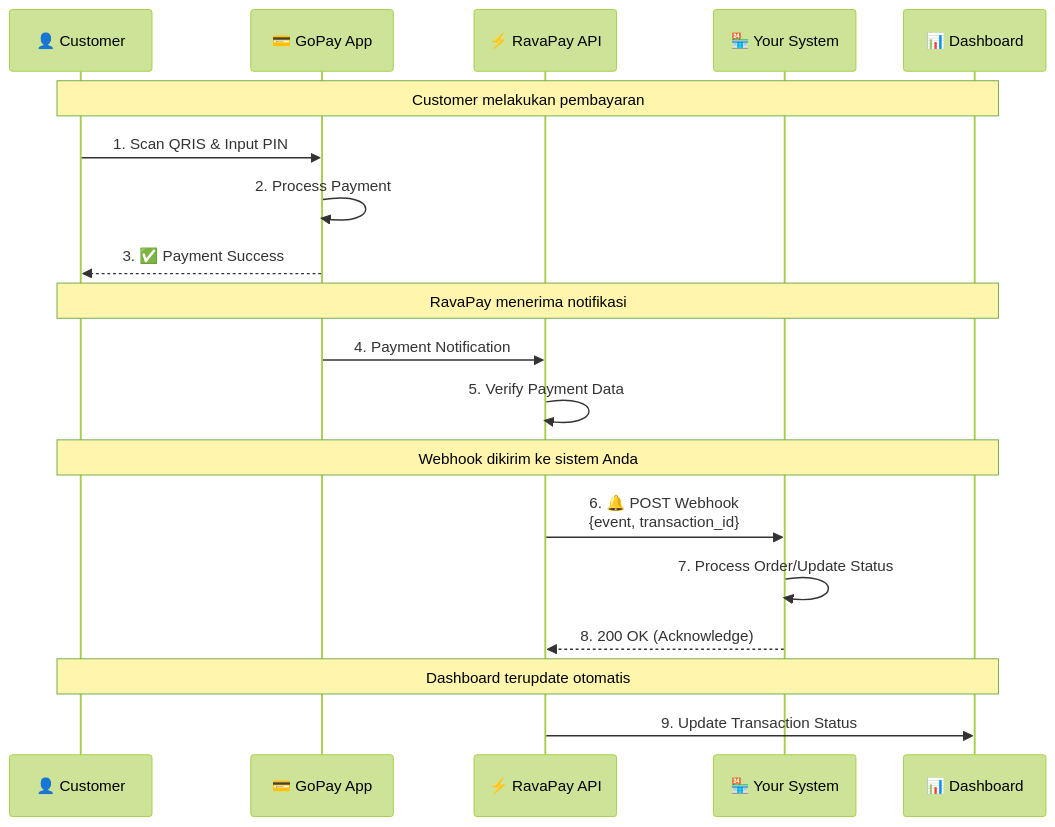
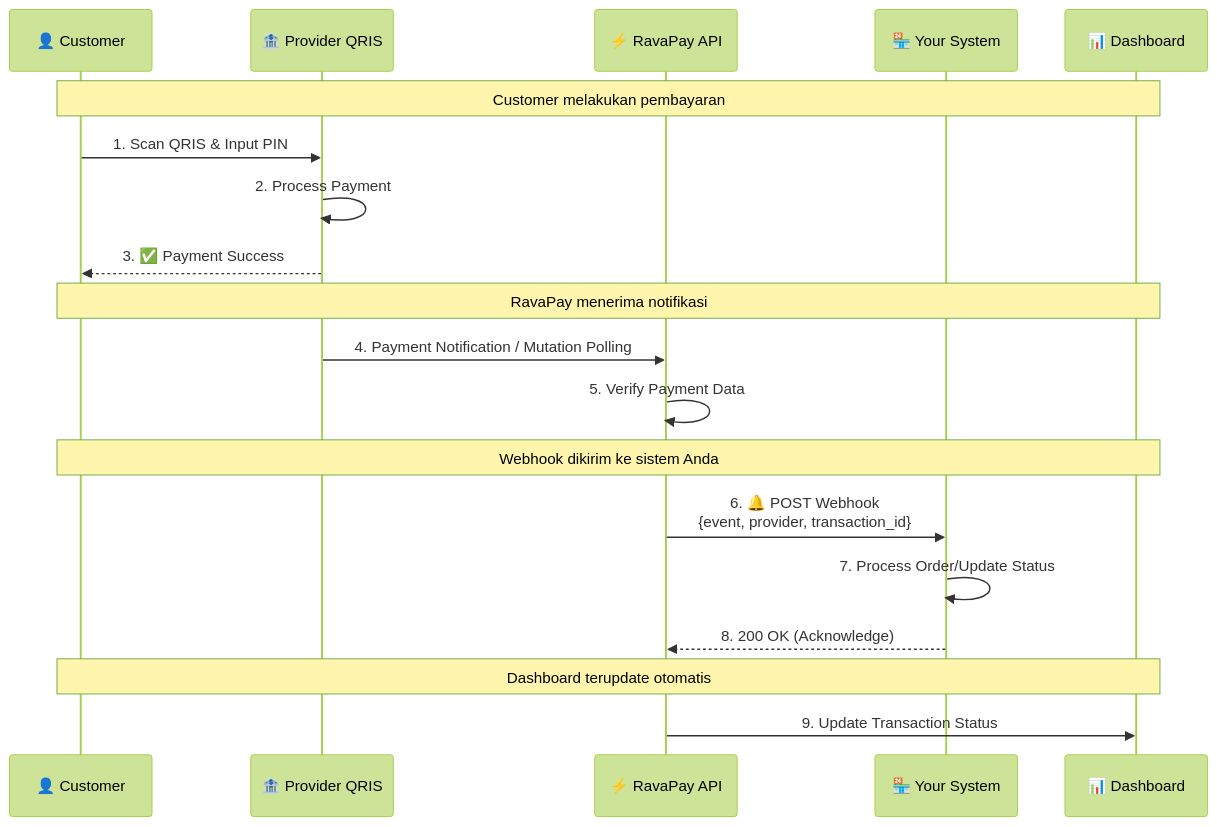
Before and after one commit to ravatz/RavaPay: the second of 2 diagrams in README.md, drawn with Mermaid (forest theme). The commit also changed other lines of this file, not shown here.

Commit message:
docs: update README for provider API

````diff
--- a/README.md
+++ b/README.md
@@ -130,25 +131,25 @@
 ```mermaid
 sequenceDiagram
     participant Customer as 👤 Customer
-    participant GoPay as 💳 GoPay App
+    participant Provider as 🏦 Provider QRIS
     participant RavaPay as ⚡ RavaPay API
     participant YourSystem as 🏪 Your System
     participant Dashboard as 📊 Dashboard
 
     Note over Customer,Dashboard: Customer melakukan pembayaran
-    Customer->>GoPay: 1. Scan QRIS & Input PIN
-    GoPay->>GoPay: 2. Process Payment
-    GoPay-->>Customer: 3. ✅ Payment Success
+    Customer->>Provider: 1. Scan QRIS & Input PIN
+    Provider->>Provider: 2. Process Payment
+    Provider-->>Customer: 3. ✅ Payment Success
 
     Note over Customer,Dashboard: RavaPay menerima notifikasi
-    GoPay->>RavaPay: 4. Payment Notification
+    Provider->>RavaPay: 4. Payment Notification / Mutation Polling
     RavaPay->>RavaPay: 5. Verify Payment Data
 
     Note over Customer,Dashboard: Webhook dikirim ke sistem Anda
-    RavaPay->>YourSystem: 6. 🔔 POST Webhook<br/>{event, transaction_id}
+    RavaPay->>YourSystem: 6. 🔔 POST Webhook<br/>{event, provider, transaction_id}
     YourSystem->>YourSystem: 7. Process Order/Update Status
     YourSystem-->>RavaPay: 8. 200 OK (Acknowledge)
 
     Note over Customer,Dashboard: Dashboard terupdate otomatis
     RavaPay->>Dashboard: 9. Update Transaction Status
 ```
````
